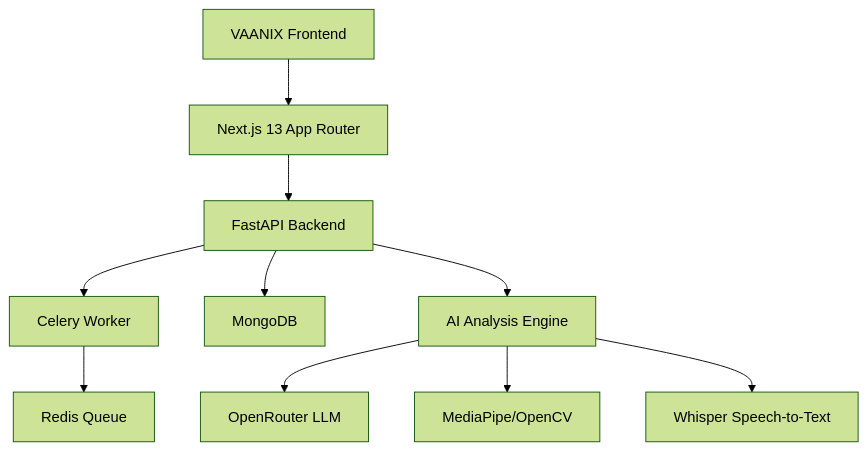
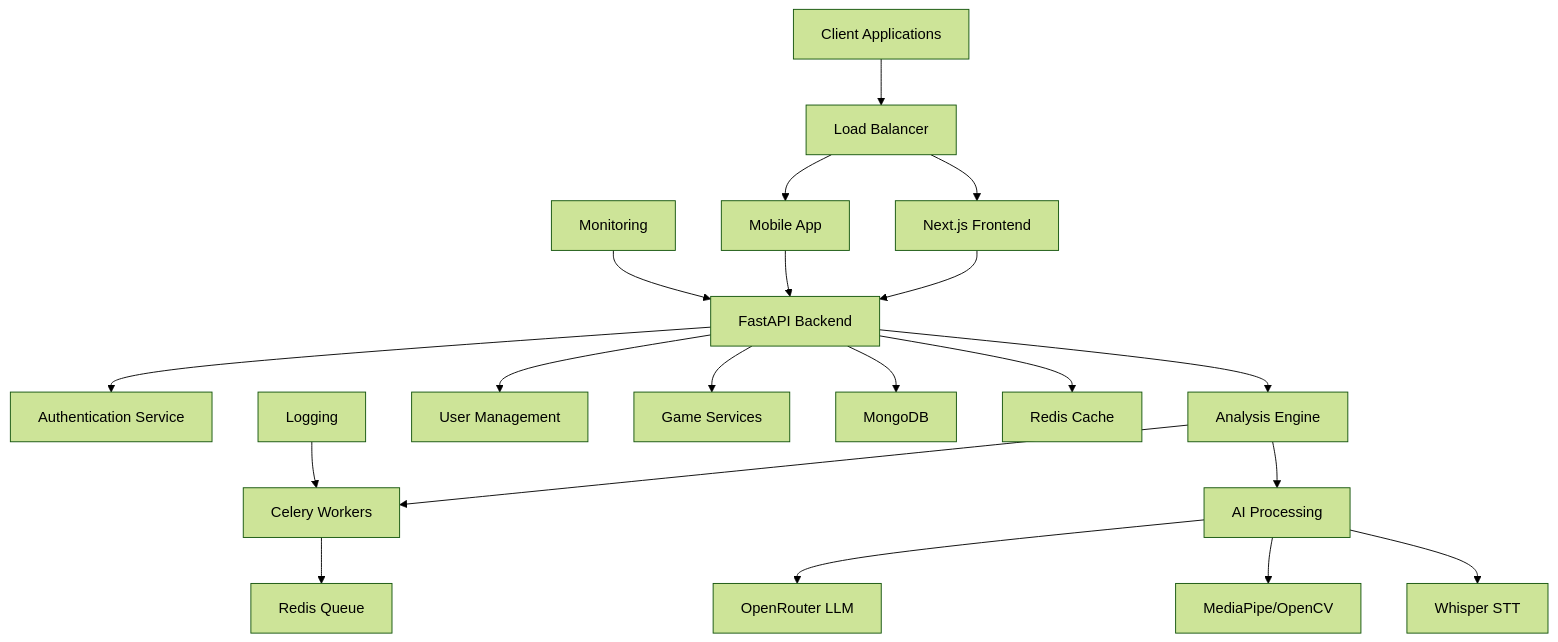
Before and after one commit to RohitBit-25/speech-trainer-agent: the diagram in README.md, drawn with Mermaid (forest theme). The commit also changed other lines of this file, not shown here.

First line of the commit message:
docs(readme): overhaul system architecture and setup documentation

````diff
--- a/README.md
+++ b/README.md
@@ -151,12 +153,28 @@
 ```mermaid
 graph TD
-    A[VAANIX Frontend] --> B[Next.js 13 App Router]
-    B --> C[FastAPI Backend]
-    C --> D[Celery Worker]
-    D --> E[Redis Queue]
-    C --> F[MongoDB]
-    C --> G[AI Analysis Engine]
-    G --> H[OpenRouter LLM]
-    G --> I[MediaPipe/OpenCV]
-    G --> J[Whisper Speech-to-Text]
+    A[Client Applications] --> B[Load Balancer]
+    B --> C[Next.js Frontend]
+    B --> D[Mobile App]
+    
+    C --> E[FastAPI Backend]
+    D --> E
+    
+    E --> F[Authentication Service]
+    E --> G[Analysis Engine]
+    E --> H[User Management]
+    E --> I[Game Services]
+    
+    G --> J[Celery Workers]
+    J --> K[Redis Queue]
+    
+    G --> L[AI Processing]
+    L --> M[OpenRouter LLM]
+    L --> N[MediaPipe/OpenCV]
+    L --> O[Whisper STT]
+    
+    E --> P[MongoDB]
+    E --> Q[Redis Cache]
+    
+    R[Monitoring] --> E
+    S[Logging] --> J
 ```
````
